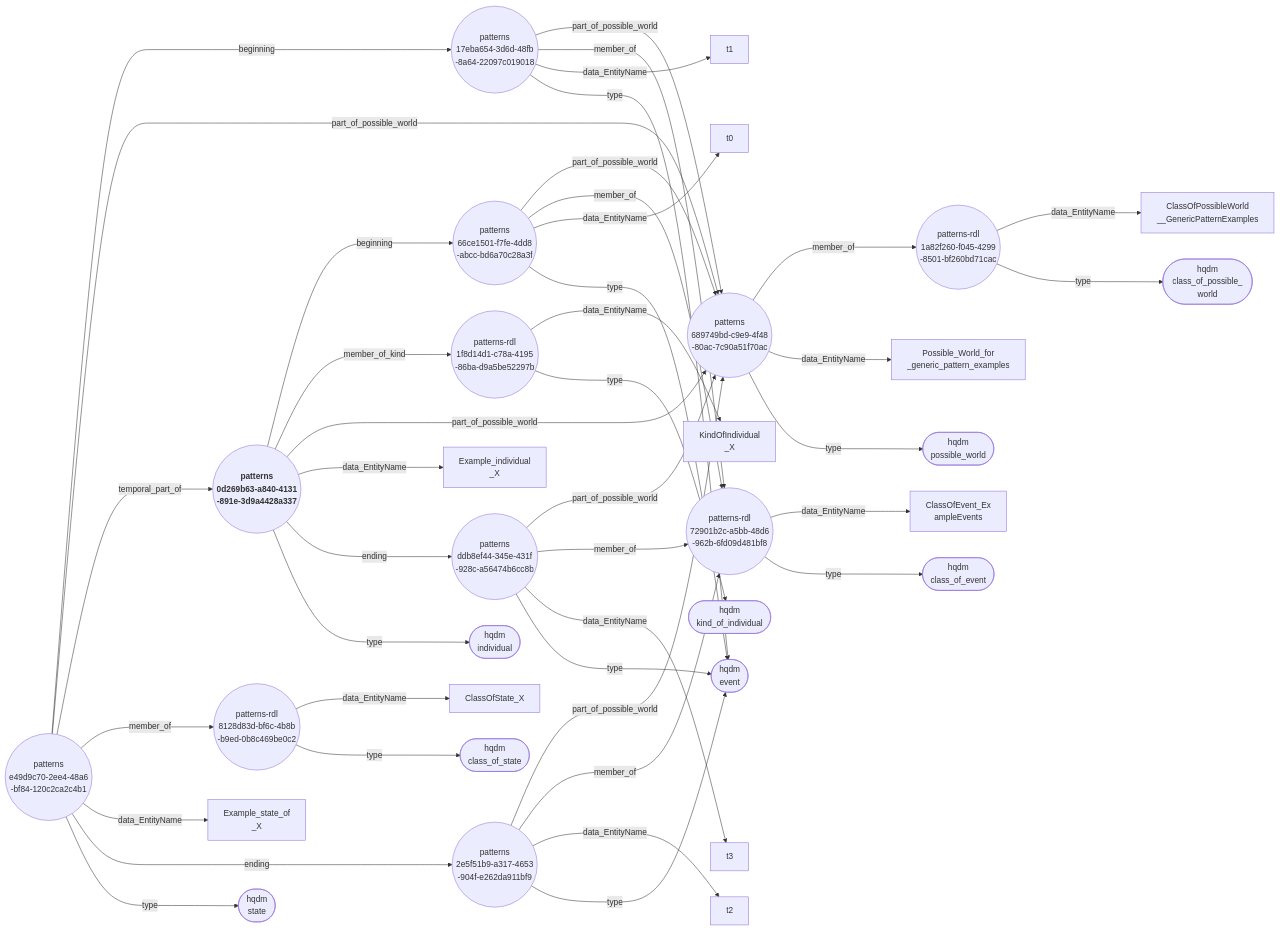
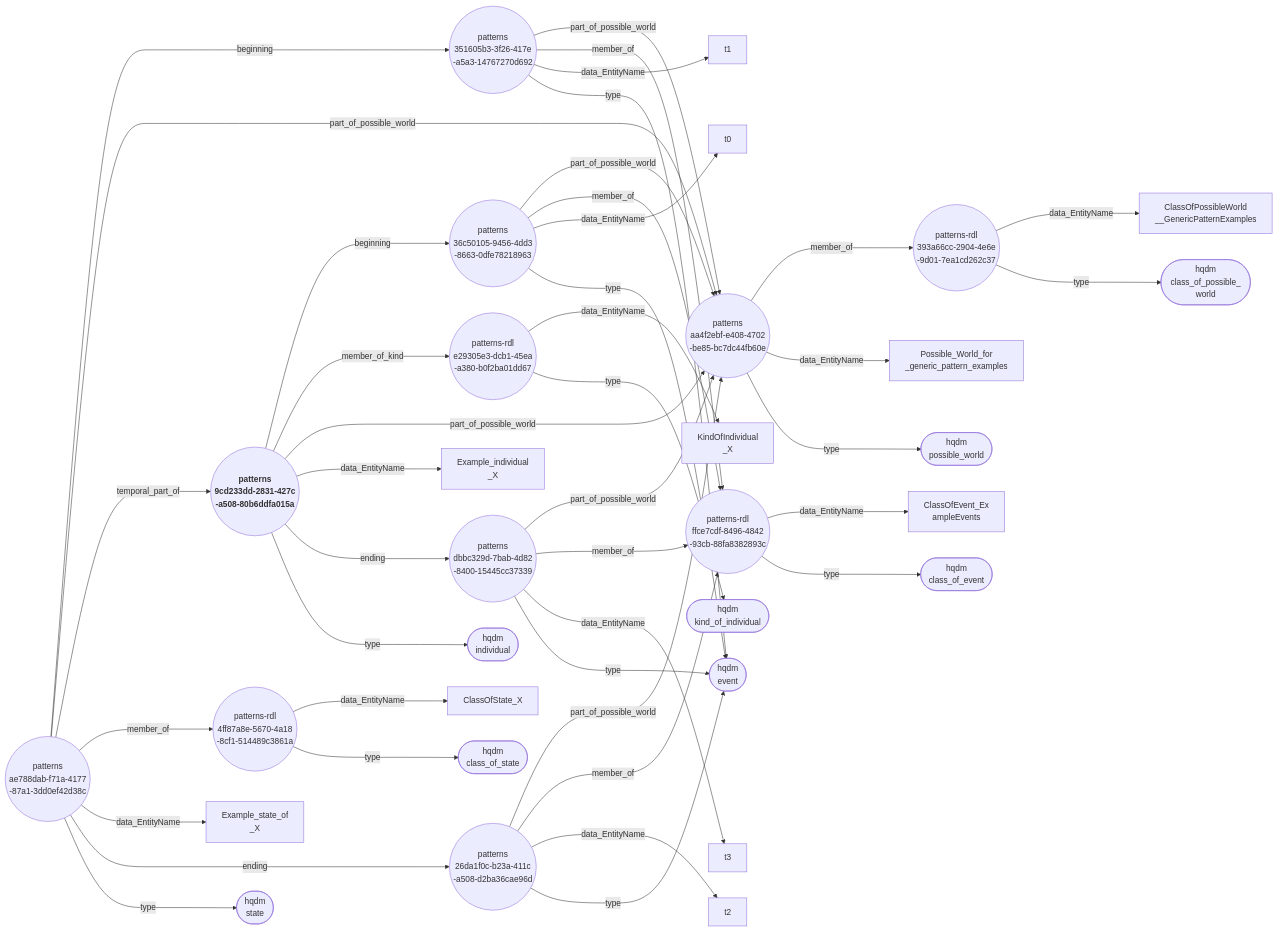
Before and after one commit to ClimbingAl/HqdmPatterns: the diagram in docs/extras/example-files/individualExampleNodeEdgeGraph.mermaid, drawn with Mermaid. The commit also changed 56 other files, not shown here.

````diff
--- a/docs/extras/example-files/individualExampleNodeEdgeGraph.mermaid
+++ b/docs/extras/example-files/individualExampleNodeEdgeGraph.mermaid
@@ -1,43 +1,43 @@
 ``` mermaid
 graph LR
-  0d269b63-a840-4131-891e-3d9a4428a337(("<b> patterns <br> 0d269b63-a840-4131 <br> -891e-3d9a4428a337"))--->|"beginning"|66ce1501-f7fe-4dd8-abcc-bd6a70c28a3f(("patterns <br> 66ce1501-f7fe-4dd8 <br> -abcc-bd6a70c28a3f"));
-  0d269b63-a840-4131-891e-3d9a4428a337(("<b> patterns <br> 0d269b63-a840-4131 <br> -891e-3d9a4428a337"))--->|"member_of_kind"|1f8d14d1-c78a-4195-86ba-d9a5be52297b(("patterns-rdl <br> 1f8d14d1-c78a-4195 <br> -86ba-d9a5be52297b"));
-  0d269b63-a840-4131-891e-3d9a4428a337(("<b> patterns <br> 0d269b63-a840-4131 <br> -891e-3d9a4428a337"))--->|"part_of_possible_world"|689749bd-c9e9-4f48-80ac-7c90a51f70ac(("patterns <br> 689749bd-c9e9-4f48 <br> -80ac-7c90a51f70ac"));
-  0d269b63-a840-4131-891e-3d9a4428a337(("<b> patterns <br> 0d269b63-a840-4131 <br> -891e-3d9a4428a337"))--->|"data_EntityName"|Example_individual_X["Example_individual <br> _X"];
-  0d269b63-a840-4131-891e-3d9a4428a337(("<b> patterns <br> 0d269b63-a840-4131 <br> -891e-3d9a4428a337"))--->|"ending"|ddb8ef44-345e-431f-928c-a56474b6cc8b(("patterns <br> ddb8ef44-345e-431f <br> -928c-a56474b6cc8b"));
-  0d269b63-a840-4131-891e-3d9a4428a337(("<b> patterns <br> 0d269b63-a840-4131 <br> -891e-3d9a4428a337"))--->|"type"|individual(["hqdm <br> individual"]);
-  e49d9c70-2ee4-48a6-bf84-120c2ca2c4b1(("patterns <br> e49d9c70-2ee4-48a6 <br> -bf84-120c2ca2c4b1"))--->|"beginning"|17eba654-3d6d-48fb-8a64-22097c019018(("patterns <br> 17eba654-3d6d-48fb <br> -8a64-22097c019018"));
-  e49d9c70-2ee4-48a6-bf84-120c2ca2c4b1(("patterns <br> e49d9c70-2ee4-48a6 <br> -bf84-120c2ca2c4b1"))--->|"part_of_possible_world"|689749bd-c9e9-4f48-80ac-7c90a51f70ac(("patterns <br> 689749bd-c9e9-4f48 <br> -80ac-7c90a51f70ac"));
-  e49d9c70-2ee4-48a6-bf84-120c2ca2c4b1(("patterns <br> e49d9c70-2ee4-48a6 <br> -bf84-120c2ca2c4b1"))--->|"temporal_part_of"|0d269b63-a840-4131-891e-3d9a4428a337(("<b> patterns <br> 0d269b63-a840-4131 <br> -891e-3d9a4428a337"));
-  e49d9c70-2ee4-48a6-bf84-120c2ca2c4b1(("patterns <br> e49d9c70-2ee4-48a6 <br> -bf84-120c2ca2c4b1"))--->|"member_of"|8128d83d-bf6c-4b8b-b9ed-0b8c469be0c2(("patterns-rdl <br> 8128d83d-bf6c-4b8b <br> -b9ed-0b8c469be0c2"));
-  e49d9c70-2ee4-48a6-bf84-120c2ca2c4b1(("patterns <br> e49d9c70-2ee4-48a6 <br> -bf84-120c2ca2c4b1"))--->|"data_EntityName"|Example_state_of_X["Example_state_of <br> _X"];
-  e49d9c70-2ee4-48a6-bf84-120c2ca2c4b1(("patterns <br> e49d9c70-2ee4-48a6 <br> -bf84-120c2ca2c4b1"))--->|"ending"|2e5f51b9-a317-4653-904f-e262da911bf9(("patterns <br> 2e5f51b9-a317-4653 <br> -904f-e262da911bf9"));
-  e49d9c70-2ee4-48a6-bf84-120c2ca2c4b1(("patterns <br> e49d9c70-2ee4-48a6 <br> -bf84-120c2ca2c4b1"))--->|"type"|state(["hqdm <br> state"]);
-  1f8d14d1-c78a-4195-86ba-d9a5be52297b(("patterns-rdl <br> 1f8d14d1-c78a-4195 <br> -86ba-d9a5be52297b"))--->|"data_EntityName"|KindOfIndividual_X["KindOfIndividual <br> _X"];
-  1f8d14d1-c78a-4195-86ba-d9a5be52297b(("patterns-rdl <br> 1f8d14d1-c78a-4195 <br> -86ba-d9a5be52297b"))--->|"type"|kind_of_individual(["hqdm <br> kind_of_individual"]);
-  8128d83d-bf6c-4b8b-b9ed-0b8c469be0c2(("patterns-rdl <br> 8128d83d-bf6c-4b8b <br> -b9ed-0b8c469be0c2"))--->|"data_EntityName"|ClassOfState_X["ClassOfState_X"];
-  8128d83d-bf6c-4b8b-b9ed-0b8c469be0c2(("patterns-rdl <br> 8128d83d-bf6c-4b8b <br> -b9ed-0b8c469be0c2"))--->|"type"|class_of_state(["hqdm <br> class_of_state"]);
-  1a82f260-f045-4299-8501-bf260bd71cac(("patterns-rdl <br> 1a82f260-f045-4299 <br> -8501-bf260bd71cac"))--->|"data_EntityName"|ClassOfPossibleWorld__GenericPatternExamples["ClassOfPossibleWorld <br> __GenericPatternExamples"];
-  1a82f260-f045-4299-8501-bf260bd71cac(("patterns-rdl <br> 1a82f260-f045-4299 <br> -8501-bf260bd71cac"))--->|"type"|class_of_possible_world(["hqdm <br> class_of_possible_ <br> world"]);
-  72901b2c-a5bb-48d6-962b-6fd09d481bf8(("patterns-rdl <br> 72901b2c-a5bb-48d6 <br> -962b-6fd09d481bf8"))--->|"data_EntityName"|ClassOfEvent_ExampleEvents["ClassOfEvent_Ex <br> ampleEvents"];
-  72901b2c-a5bb-48d6-962b-6fd09d481bf8(("patterns-rdl <br> 72901b2c-a5bb-48d6 <br> -962b-6fd09d481bf8"))--->|"type"|class_of_event(["hqdm <br> class_of_event"]);
-  689749bd-c9e9-4f48-80ac-7c90a51f70ac(("patterns <br> 689749bd-c9e9-4f48 <br> -80ac-7c90a51f70ac"))--->|"member_of"|1a82f260-f045-4299-8501-bf260bd71cac(("patterns-rdl <br> 1a82f260-f045-4299 <br> -8501-bf260bd71cac"));
-  689749bd-c9e9-4f48-80ac-7c90a51f70ac(("patterns <br> 689749bd-c9e9-4f48 <br> -80ac-7c90a51f70ac"))--->|"data_EntityName"|Possible_World_for_generic_pattern_examples["Possible_World_for <br> _generic_pattern_examples"];
-  689749bd-c9e9-4f48-80ac-7c90a51f70ac(("patterns <br> 689749bd-c9e9-4f48 <br> -80ac-7c90a51f70ac"))--->|"type"|possible_world(["hqdm <br> possible_world"]);
-  66ce1501-f7fe-4dd8-abcc-bd6a70c28a3f(("patterns <br> 66ce1501-f7fe-4dd8 <br> -abcc-bd6a70c28a3f"))--->|"part_of_possible_world"|689749bd-c9e9-4f48-80ac-7c90a51f70ac(("patterns <br> 689749bd-c9e9-4f48 <br> -80ac-7c90a51f70ac"));
-  66ce1501-f7fe-4dd8-abcc-bd6a70c28a3f(("patterns <br> 66ce1501-f7fe-4dd8 <br> -abcc-bd6a70c28a3f"))--->|"member_of"|72901b2c-a5bb-48d6-962b-6fd09d481bf8(("patterns-rdl <br> 72901b2c-a5bb-48d6 <br> -962b-6fd09d481bf8"));
-  66ce1501-f7fe-4dd8-abcc-bd6a70c28a3f(("patterns <br> 66ce1501-f7fe-4dd8 <br> -abcc-bd6a70c28a3f"))--->|"data_EntityName"|t0["t0"];
-  66ce1501-f7fe-4dd8-abcc-bd6a70c28a3f(("patterns <br> 66ce1501-f7fe-4dd8 <br> -abcc-bd6a70c28a3f"))--->|"type"|event(["hqdm <br> event"]);
-  ddb8ef44-345e-431f-928c-a56474b6cc8b(("patterns <br> ddb8ef44-345e-431f <br> -928c-a56474b6cc8b"))--->|"part_of_possible_world"|689749bd-c9e9-4f48-80ac-7c90a51f70ac(("patterns <br> 689749bd-c9e9-4f48 <br> -80ac-7c90a51f70ac"));
-  ddb8ef44-345e-431f-928c-a56474b6cc8b(("patterns <br> ddb8ef44-345e-431f <br> -928c-a56474b6cc8b"))--->|"member_of"|72901b2c-a5bb-48d6-962b-6fd09d481bf8(("patterns-rdl <br> 72901b2c-a5bb-48d6 <br> -962b-6fd09d481bf8"));
-  ddb8ef44-345e-431f-928c-a56474b6cc8b(("patterns <br> ddb8ef44-345e-431f <br> -928c-a56474b6cc8b"))--->|"data_EntityName"|t3["t3"];
-  ddb8ef44-345e-431f-928c-a56474b6cc8b(("patterns <br> ddb8ef44-345e-431f <br> -928c-a56474b6cc8b"))--->|"type"|event(["hqdm <br> event"]);
-  17eba654-3d6d-48fb-8a64-22097c019018(("patterns <br> 17eba654-3d6d-48fb <br> -8a64-22097c019018"))--->|"part_of_possible_world"|689749bd-c9e9-4f48-80ac-7c90a51f70ac(("patterns <br> 689749bd-c9e9-4f48 <br> -80ac-7c90a51f70ac"));
-  17eba654-3d6d-48fb-8a64-22097c019018(("patterns <br> 17eba654-3d6d-48fb <br> -8a64-22097c019018"))--->|"member_of"|72901b2c-a5bb-48d6-962b-6fd09d481bf8(("patterns-rdl <br> 72901b2c-a5bb-48d6 <br> -962b-6fd09d481bf8"));
-  17eba654-3d6d-48fb-8a64-22097c019018(("patterns <br> 17eba654-3d6d-48fb <br> -8a64-22097c019018"))--->|"data_EntityName"|t1["t1"];
-  17eba654-3d6d-48fb-8a64-22097c019018(("patterns <br> 17eba654-3d6d-48fb <br> -8a64-22097c019018"))--->|"type"|event(["hqdm <br> event"]);
-  2e5f51b9-a317-4653-904f-e262da911bf9(("patterns <br> 2e5f51b9-a317-4653 <br> -904f-e262da911bf9"))--->|"part_of_possible_world"|689749bd-c9e9-4f48-80ac-7c90a51f70ac(("patterns <br> 689749bd-c9e9-4f48 <br> -80ac-7c90a51f70ac"));
-  2e5f51b9-a317-4653-904f-e262da911bf9(("patterns <br> 2e5f51b9-a317-4653 <br> -904f-e262da911bf9"))--->|"member_of"|72901b2c-a5bb-48d6-962b-6fd09d481bf8(("patterns-rdl <br> 72901b2c-a5bb-48d6 <br> -962b-6fd09d481bf8"));
-  2e5f51b9-a317-4653-904f-e262da911bf9(("patterns <br> 2e5f51b9-a317-4653 <br> -904f-e262da911bf9"))--->|"data_EntityName"|t2["t2"];
-  2e5f51b9-a317-4653-904f-e262da911bf9(("patterns <br> 2e5f51b9-a317-4653 <br> -904f-e262da911bf9"))--->|"type"|event(["hqdm <br> event"]);
+  9cd233dd-2831-427c-a508-80b6ddfa015a(("<b> patterns <br> 9cd233dd-2831-427c <br> -a508-80b6ddfa015a"))--->|"beginning"|36c50105-9456-4dd3-8663-0dfe78218963(("patterns <br> 36c50105-9456-4dd3 <br> -8663-0dfe78218963"));
+  9cd233dd-2831-427c-a508-80b6ddfa015a(("<b> patterns <br> 9cd233dd-2831-427c <br> -a508-80b6ddfa015a"))--->|"member_of_kind"|e29305e3-dcb1-45ea-a380-b0f2ba01dd67(("patterns-rdl <br> e29305e3-dcb1-45ea <br> -a380-b0f2ba01dd67"));
+  9cd233dd-2831-427c-a508-80b6ddfa015a(("<b> patterns <br> 9cd233dd-2831-427c <br> -a508-80b6ddfa015a"))--->|"part_of_possible_world"|aa4f2ebf-e408-4702-be85-bc7dc44fb60e(("patterns <br> aa4f2ebf-e408-4702 <br> -be85-bc7dc44fb60e"));
+  9cd233dd-2831-427c-a508-80b6ddfa015a(("<b> patterns <br> 9cd233dd-2831-427c <br> -a508-80b6ddfa015a"))--->|"data_EntityName"|Example_individual_X["Example_individual <br> _X"];
+  9cd233dd-2831-427c-a508-80b6ddfa015a(("<b> patterns <br> 9cd233dd-2831-427c <br> -a508-80b6ddfa015a"))--->|"ending"|dbbc329d-7bab-4d82-8400-15445cc37339(("patterns <br> dbbc329d-7bab-4d82 <br> -8400-15445cc37339"));
+  9cd233dd-2831-427c-a508-80b6ddfa015a(("<b> patterns <br> 9cd233dd-2831-427c <br> -a508-80b6ddfa015a"))--->|"type"|individual(["hqdm <br> individual"]);
+  ae788dab-f71a-4177-87a1-3dd0ef42d38c(("patterns <br> ae788dab-f71a-4177 <br> -87a1-3dd0ef42d38c"))--->|"beginning"|351605b3-3f26-417e-a5a3-14767270d692(("patterns <br> 351605b3-3f26-417e <br> -a5a3-14767270d692"));
+  ae788dab-f71a-4177-87a1-3dd0ef42d38c(("patterns <br> ae788dab-f71a-4177 <br> -87a1-3dd0ef42d38c"))--->|"part_of_possible_world"|aa4f2ebf-e408-4702-be85-bc7dc44fb60e(("patterns <br> aa4f2ebf-e408-4702 <br> -be85-bc7dc44fb60e"));
+  ae788dab-f71a-4177-87a1-3dd0ef42d38c(("patterns <br> ae788dab-f71a-4177 <br> -87a1-3dd0ef42d38c"))--->|"temporal_part_of"|9cd233dd-2831-427c-a508-80b6ddfa015a(("<b> patterns <br> 9cd233dd-2831-427c <br> -a508-80b6ddfa015a"));
+  ae788dab-f71a-4177-87a1-3dd0ef42d38c(("patterns <br> ae788dab-f71a-4177 <br> -87a1-3dd0ef42d38c"))--->|"member_of"|4ff87a8e-5670-4a18-8cf1-514489c3861a(("patterns-rdl <br> 4ff87a8e-5670-4a18 <br> -8cf1-514489c3861a"));
+  ae788dab-f71a-4177-87a1-3dd0ef42d38c(("patterns <br> ae788dab-f71a-4177 <br> -87a1-3dd0ef42d38c"))--->|"data_EntityName"|Example_state_of_X["Example_state_of <br> _X"];
+  ae788dab-f71a-4177-87a1-3dd0ef42d38c(("patterns <br> ae788dab-f71a-4177 <br> -87a1-3dd0ef42d38c"))--->|"ending"|26da1f0c-b23a-411c-a508-d2ba36cae96d(("patterns <br> 26da1f0c-b23a-411c <br> -a508-d2ba36cae96d"));
+  ae788dab-f71a-4177-87a1-3dd0ef42d38c(("patterns <br> ae788dab-f71a-4177 <br> -87a1-3dd0ef42d38c"))--->|"type"|state(["hqdm <br> state"]);
+  e29305e3-dcb1-45ea-a380-b0f2ba01dd67(("patterns-rdl <br> e29305e3-dcb1-45ea <br> -a380-b0f2ba01dd67"))--->|"data_EntityName"|KindOfIndividual_X["KindOfIndividual <br> _X"];
+  e29305e3-dcb1-45ea-a380-b0f2ba01dd67(("patterns-rdl <br> e29305e3-dcb1-45ea <br> -a380-b0f2ba01dd67"))--->|"type"|kind_of_individual(["hqdm <br> kind_of_individual"]);
+  4ff87a8e-5670-4a18-8cf1-514489c3861a(("patterns-rdl <br> 4ff87a8e-5670-4a18 <br> -8cf1-514489c3861a"))--->|"data_EntityName"|ClassOfState_X["ClassOfState_X"];
+  4ff87a8e-5670-4a18-8cf1-514489c3861a(("patterns-rdl <br> 4ff87a8e-5670-4a18 <br> -8cf1-514489c3861a"))--->|"type"|class_of_state(["hqdm <br> class_of_state"]);
+  393a66cc-2904-4e6e-9d01-7ea1cd262c37(("patterns-rdl <br> 393a66cc-2904-4e6e <br> -9d01-7ea1cd262c37"))--->|"data_EntityName"|ClassOfPossibleWorld__GenericPatternExamples["ClassOfPossibleWorld <br> __GenericPatternExamples"];
+  393a66cc-2904-4e6e-9d01-7ea1cd262c37(("patterns-rdl <br> 393a66cc-2904-4e6e <br> -9d01-7ea1cd262c37"))--->|"type"|class_of_possible_world(["hqdm <br> class_of_possible_ <br> world"]);
+  ffce7cdf-8496-4842-93cb-88fa8382893c(("patterns-rdl <br> ffce7cdf-8496-4842 <br> -93cb-88fa8382893c"))--->|"data_EntityName"|ClassOfEvent_ExampleEvents["ClassOfEvent_Ex <br> ampleEvents"];
+  ffce7cdf-8496-4842-93cb-88fa8382893c(("patterns-rdl <br> ffce7cdf-8496-4842 <br> -93cb-88fa8382893c"))--->|"type"|class_of_event(["hqdm <br> class_of_event"]);
+  aa4f2ebf-e408-4702-be85-bc7dc44fb60e(("patterns <br> aa4f2ebf-e408-4702 <br> -be85-bc7dc44fb60e"))--->|"member_of"|393a66cc-2904-4e6e-9d01-7ea1cd262c37(("patterns-rdl <br> 393a66cc-2904-4e6e <br> -9d01-7ea1cd262c37"));
+  aa4f2ebf-e408-4702-be85-bc7dc44fb60e(("patterns <br> aa4f2ebf-e408-4702 <br> -be85-bc7dc44fb60e"))--->|"data_EntityName"|Possible_World_for_generic_pattern_examples["Possible_World_for <br> _generic_pattern_examples"];
+  aa4f2ebf-e408-4702-be85-bc7dc44fb60e(("patterns <br> aa4f2ebf-e408-4702 <br> -be85-bc7dc44fb60e"))--->|"type"|possible_world(["hqdm <br> possible_world"]);
+  36c50105-9456-4dd3-8663-0dfe78218963(("patterns <br> 36c50105-9456-4dd3 <br> -8663-0dfe78218963"))--->|"part_of_possible_world"|aa4f2ebf-e408-4702-be85-bc7dc44fb60e(("patterns <br> aa4f2ebf-e408-4702 <br> -be85-bc7dc44fb60e"));
+  36c50105-9456-4dd3-8663-0dfe78218963(("patterns <br> 36c50105-9456-4dd3 <br> -8663-0dfe78218963"))--->|"member_of"|ffce7cdf-8496-4842-93cb-88fa8382893c(("patterns-rdl <br> ffce7cdf-8496-4842 <br> -93cb-88fa8382893c"));
+  36c50105-9456-4dd3-8663-0dfe78218963(("patterns <br> 36c50105-9456-4dd3 <br> -8663-0dfe78218963"))--->|"data_EntityName"|t0["t0"];
+  36c50105-9456-4dd3-8663-0dfe78218963(("patterns <br> 36c50105-9456-4dd3 <br> -8663-0dfe78218963"))--->|"type"|event(["hqdm <br> event"]);
+  dbbc329d-7bab-4d82-8400-15445cc37339(("patterns <br> dbbc329d-7bab-4d82 <br> -8400-15445cc37339"))--->|"part_of_possible_world"|aa4f2ebf-e408-4702-be85-bc7dc44fb60e(("patterns <br> aa4f2ebf-e408-4702 <br> -be85-bc7dc44fb60e"));
+  dbbc329d-7bab-4d82-8400-15445cc37339(("patterns <br> dbbc329d-7bab-4d82 <br> -8400-15445cc37339"))--->|"member_of"|ffce7cdf-8496-4842-93cb-88fa8382893c(("patterns-rdl <br> ffce7cdf-8496-4842 <br> -93cb-88fa8382893c"));
+  dbbc329d-7bab-4d82-8400-15445cc37339(("patterns <br> dbbc329d-7bab-4d82 <br> -8400-15445cc37339"))--->|"data_EntityName"|t3["t3"];
+  dbbc329d-7bab-4d82-8400-15445cc37339(("patterns <br> dbbc329d-7bab-4d82 <br> -8400-15445cc37339"))--->|"type"|event(["hqdm <br> event"]);
+  351605b3-3f26-417e-a5a3-14767270d692(("patterns <br> 351605b3-3f26-417e <br> -a5a3-14767270d692"))--->|"part_of_possible_world"|aa4f2ebf-e408-4702-be85-bc7dc44fb60e(("patterns <br> aa4f2ebf-e408-4702 <br> -be85-bc7dc44fb60e"));
+  351605b3-3f26-417e-a5a3-14767270d692(("patterns <br> 351605b3-3f26-417e <br> -a5a3-14767270d692"))--->|"member_of"|ffce7cdf-8496-4842-93cb-88fa8382893c(("patterns-rdl <br> ffce7cdf-8496-4842 <br> -93cb-88fa8382893c"));
+  351605b3-3f26-417e-a5a3-14767270d692(("patterns <br> 351605b3-3f26-417e <br> -a5a3-14767270d692"))--->|"data_EntityName"|t1["t1"];
+  351605b3-3f26-417e-a5a3-14767270d692(("patterns <br> 351605b3-3f26-417e <br> -a5a3-14767270d692"))--->|"type"|event(["hqdm <br> event"]);
+  26da1f0c-b23a-411c-a508-d2ba36cae96d(("patterns <br> 26da1f0c-b23a-411c <br> -a508-d2ba36cae96d"))--->|"part_of_possible_world"|aa4f2ebf-e408-4702-be85-bc7dc44fb60e(("patterns <br> aa4f2ebf-e408-4702 <br> -be85-bc7dc44fb60e"));
+  26da1f0c-b23a-411c-a508-d2ba36cae96d(("patterns <br> 26da1f0c-b23a-411c <br> -a508-d2ba36cae96d"))--->|"member_of"|ffce7cdf-8496-4842-93cb-88fa8382893c(("patterns-rdl <br> ffce7cdf-8496-4842 <br> -93cb-88fa8382893c"));
+  26da1f0c-b23a-411c-a508-d2ba36cae96d(("patterns <br> 26da1f0c-b23a-411c <br> -a508-d2ba36cae96d"))--->|"data_EntityName"|t2["t2"];
+  26da1f0c-b23a-411c-a508-d2ba36cae96d(("patterns <br> 26da1f0c-b23a-411c <br> -a508-d2ba36cae96d"))--->|"type"|event(["hqdm <br> event"]);
 ```
````
